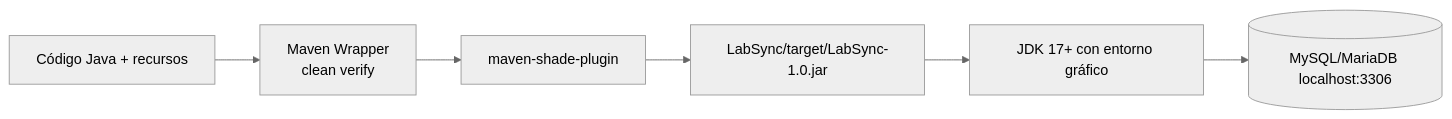
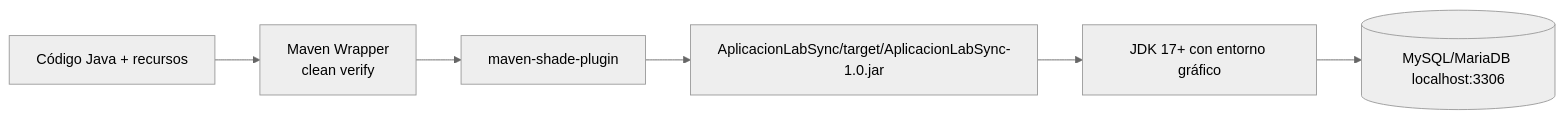
Before and after one commit to Ivangamo55/LabSync: the sixth of 6 diagrams in docs/ARQUITECTURA_Y_FLUJOS.md, drawn with Mermaid (neutral theme). The commit also changed other lines of this file and 102 other files, not shown here.

````diff
--- a/docs/ARQUITECTURA_Y_FLUJOS.md
+++ b/docs/ARQUITECTURA_Y_FLUJOS.md
@@ -196,8 +196,8 @@
 ```mermaid
 flowchart LR
     SRC[Código Java + recursos] --> MVN[Maven Wrapper\nclean verify]
     MVN --> SHADE[maven-shade-plugin]
-    SHADE --> JAR[LabSync/target/LabSync-1.0.jar]
+    SHADE --> JAR[AplicacionLabSync/target/AplicacionLabSync-1.0.jar]
     JAR --> JVM[JDK 17+ con entorno gráfico]
     JVM --> MYSQL[(MySQL/MariaDB localhost:3306)]
 ```
````
